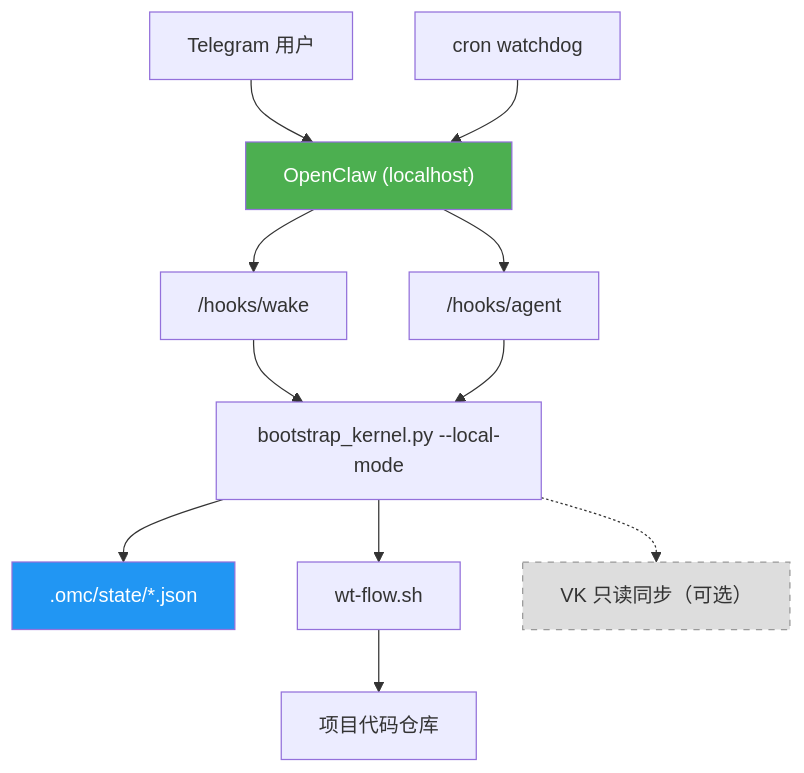
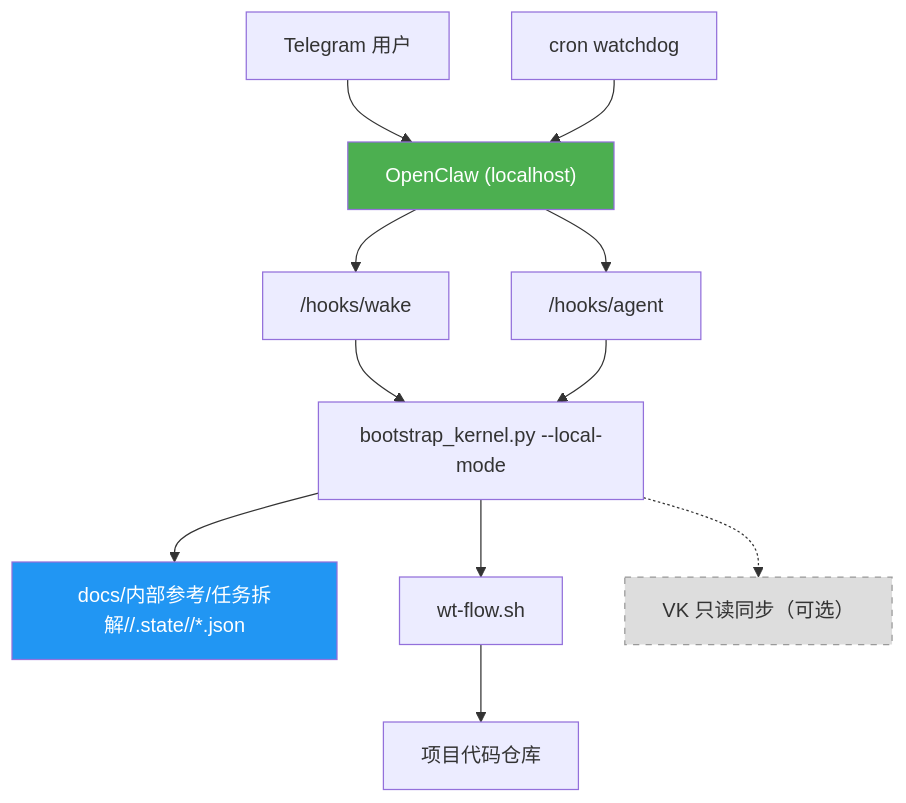
Diagram 18 of 20 in docs/内部参考/迭代需求/自动化大型任务开发设计方案.md (jijingkun-commits/fastapi), drawn with Mermaid before and after one commit. The commit also changed other lines of this file and 174 other files, not shown here.

````diff
--- a/docs/内部参考/迭代需求/自动化大型任务开发设计方案.md
+++ b/docs/内部参考/迭代需求/自动化大型任务开发设计方案.md
@@ -2085,17 +2085,17 @@
 ```mermaid
 flowchart TD
     TG["Telegram 用户"] --> OC["OpenClaw (localhost)"]
     CRON["cron watchdog"] --> OC
     OC --> HW["/hooks/wake"]
     OC --> HA["/hooks/agent"]
     HW --> BK["bootstrap_kernel.py --local-mode"]
     HA --> BK
-    BK --> ST[".omc/state/*.json"]
+    BK --> ST["docs/内部参考/任务拆解/<task_split_dir>/.state/<task_key>/*.json"]
     BK --> WT["wt-flow.sh"]
     WT --> CODE["项目代码仓库"]
     BK -.-> VK["VK 只读同步（可选）"]
 
     style OC fill:#4CAF50,color:#fff
     style ST fill:#2196F3,color:#fff
     style VK fill:#ddd,stroke:#999,stroke-dasharray: 5 5
 ```
````
